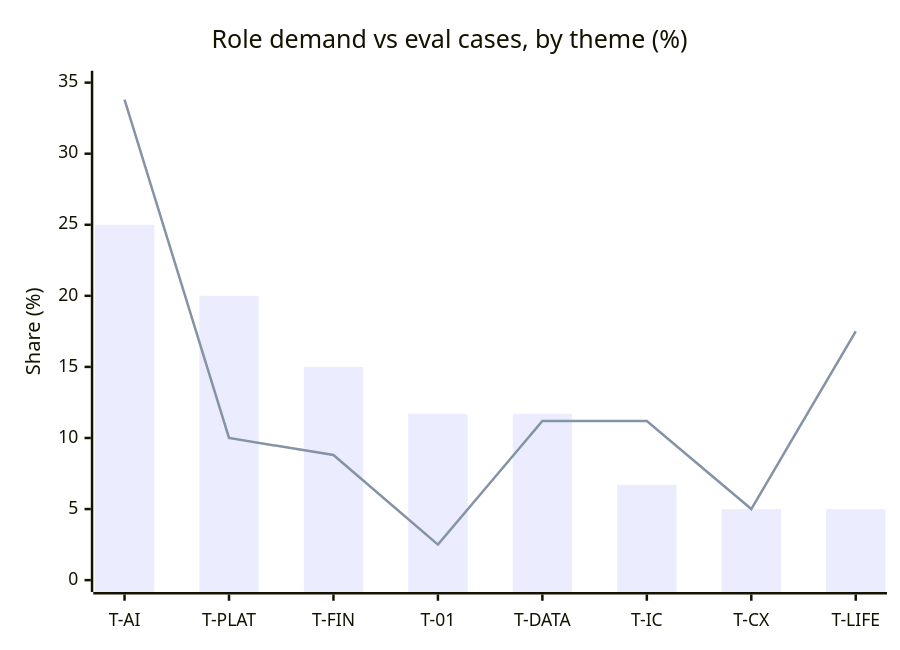
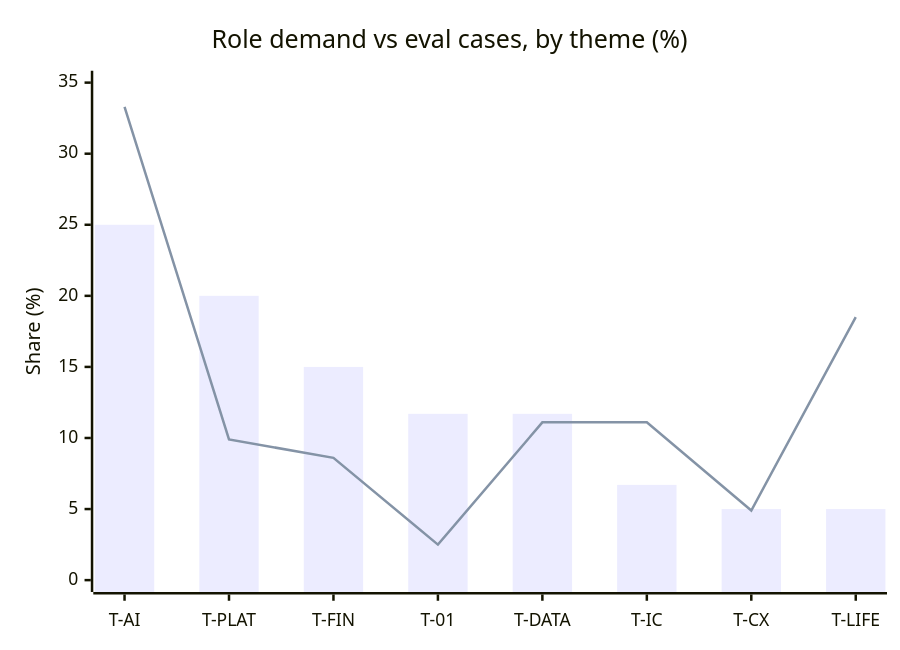
Before and after one commit to jordanne-dyck/jordannedyck-ai: the first of 2 diagrams in COVERAGE.md, drawn with Mermaid. The commit also changed other lines of this file and 3 other files, not shown here.

````diff
--- a/COVERAGE.md
+++ b/COVERAGE.md
@@ -24,8 +24,8 @@
 ```mermaid
 xychart-beta
     title "Role demand vs eval cases, by theme (%)"
     x-axis ["T-AI", "T-PLAT", "T-FIN", "T-01", "T-DATA", "T-IC", "T-CX", "T-LIFE"]
     y-axis "Share (%)" 0 --> 35
     bar [25.0, 20.0, 15.0, 11.7, 11.7, 6.7, 5.0, 5.0]
-    line [33.8, 10.0, 8.8, 2.5, 11.2, 11.2, 5.0, 17.5]
+    line [33.3, 9.9, 8.6, 2.5, 11.1, 11.1, 4.9, 18.5]
 ```
````
